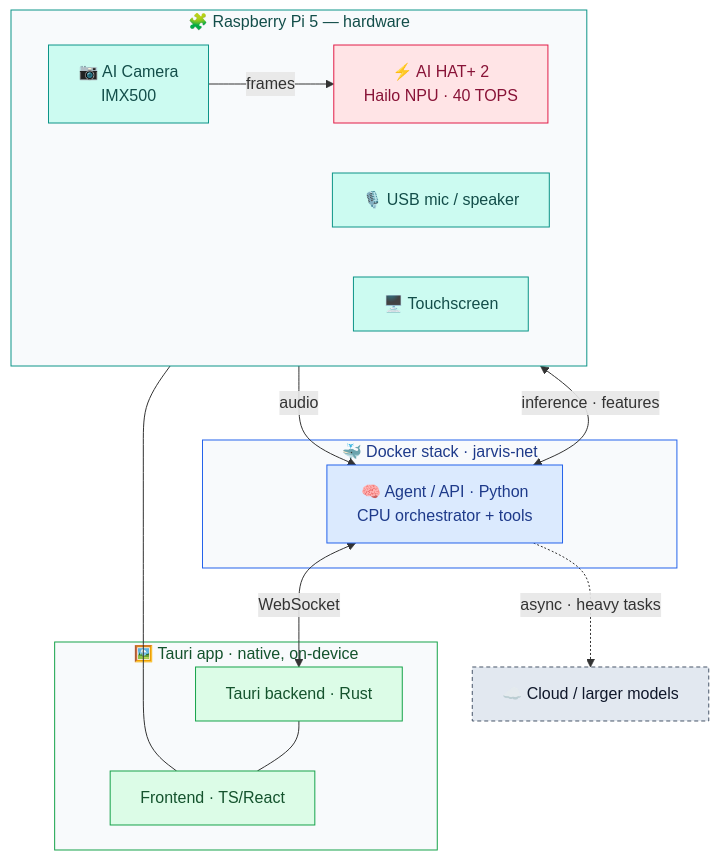
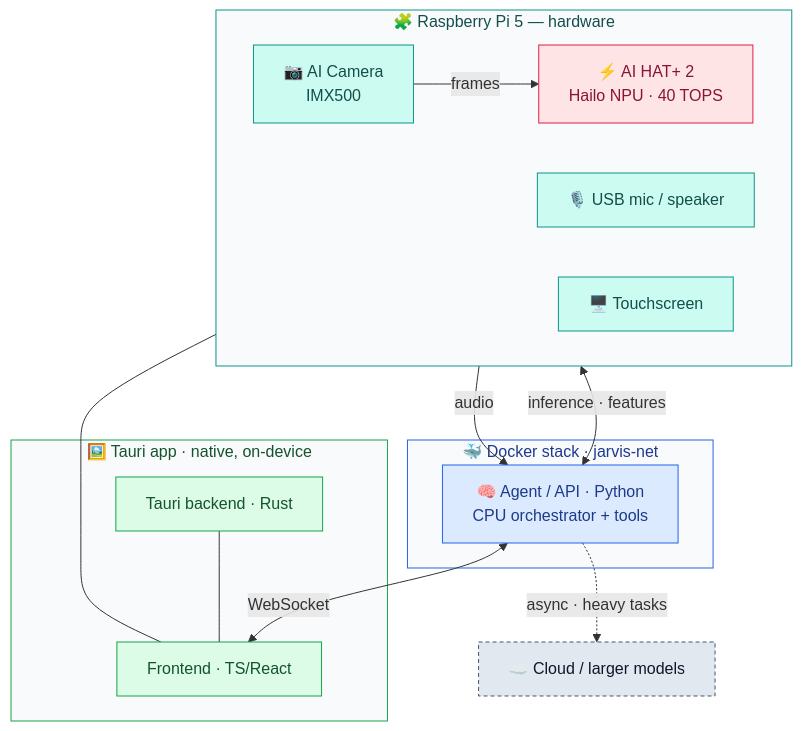
One commit to faering/jarvis changed the diagram in docs/architecture.md. Above: the diagram before and after it, drawn with Mermaid. The commit also changed other lines of this file and 2 other files, not shown here.

First line of the commit message:
docs: document the TS WebSocket bridge to the agent

````diff
--- a/docs/architecture.md
+++ b/docs/architecture.md
@@ -6,39 +6,39 @@
 ```mermaid
 flowchart TB
   subgraph HW["🧩 Raspberry Pi 5 — hardware"]
     direction LR
     CAM["📷 AI Camera<br/>IMX500"]
     HAT["⚡ AI HAT+ 2<br/>Hailo NPU · 40 TOPS"]
     MIC["🎙️ USB mic / speaker"]
     SCR["🖥️ Touchscreen"]
   end
   subgraph DOCKER["🐳 Docker stack · jarvis-net"]
     AGENT["🧠 Agent / API · Python<br/>CPU orchestrator + tools"]
   end
   subgraph APP["🖼️ Tauri app · native, on-device"]
     UI["Frontend · TS/React"]
     RUST["Tauri backend · Rust"]
   end
   CLOUD["☁️ Cloud / larger models"]
 
   CAM -->|frames| HAT
   HAT <-->|inference · features| AGENT
   MIC -->|audio| AGENT
-  AGENT <-->|WebSocket| RUST
+  AGENT <-->|WebSocket| UI
   RUST --- UI --- SCR
   AGENT -.->|async · heavy tasks| CLOUD
 
   classDef hw fill:#CCFBF1,stroke:#0D9488,color:#134E4A;
   classDef acc fill:#FFE4E6,stroke:#E11D48,color:#881337;
   classDef agent fill:#DBEAFE,stroke:#2563EB,color:#1E3A8A;
   classDef app fill:#DCFCE7,stroke:#16A34A,color:#14532D;
   classDef cloud fill:#E2E8F0,stroke:#475569,color:#0F172A,stroke-dasharray:4 3;
   class CAM,MIC,SCR hw
   class HAT acc
   class AGENT agent
   class UI,RUST app
   class CLOUD cloud
   style HW fill:#F8FAFC,stroke:#0D9488,color:#134E4A
   style DOCKER fill:#F8FAFC,stroke:#2563EB,color:#1E3A8A
   style APP fill:#F8FAFC,stroke:#16A34A,color:#14532D
 ```
````
